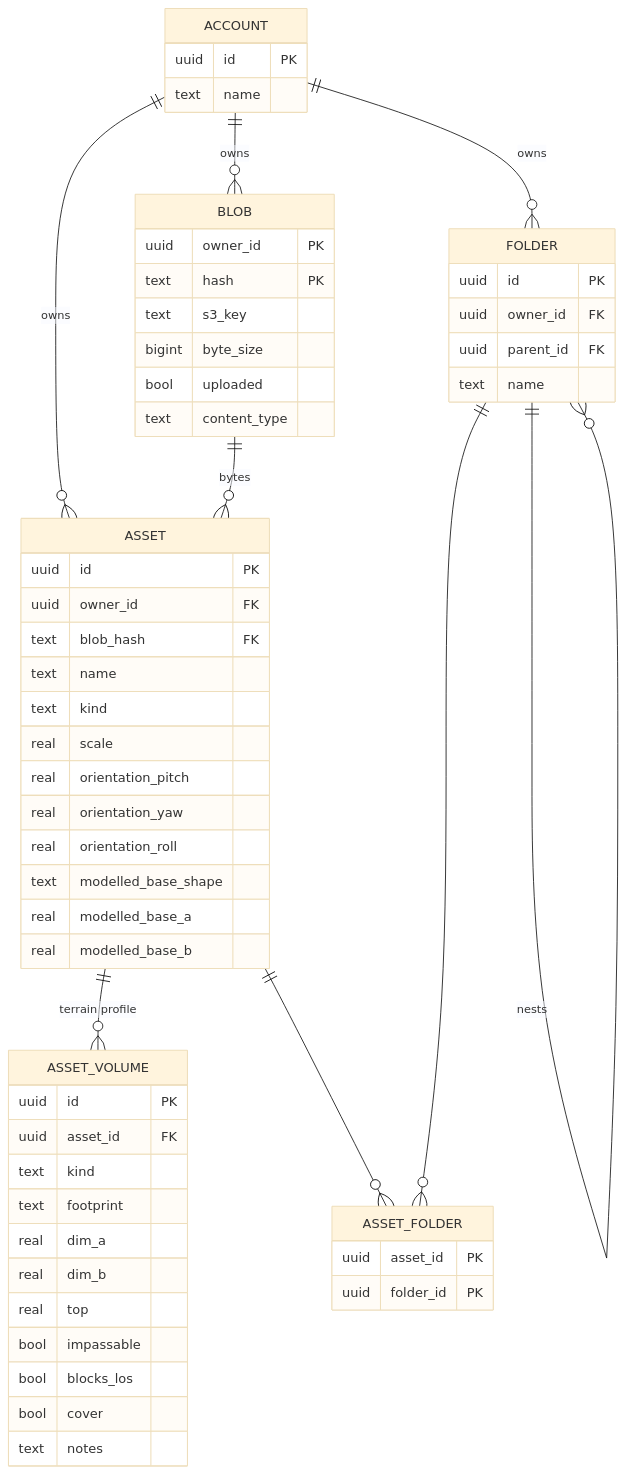
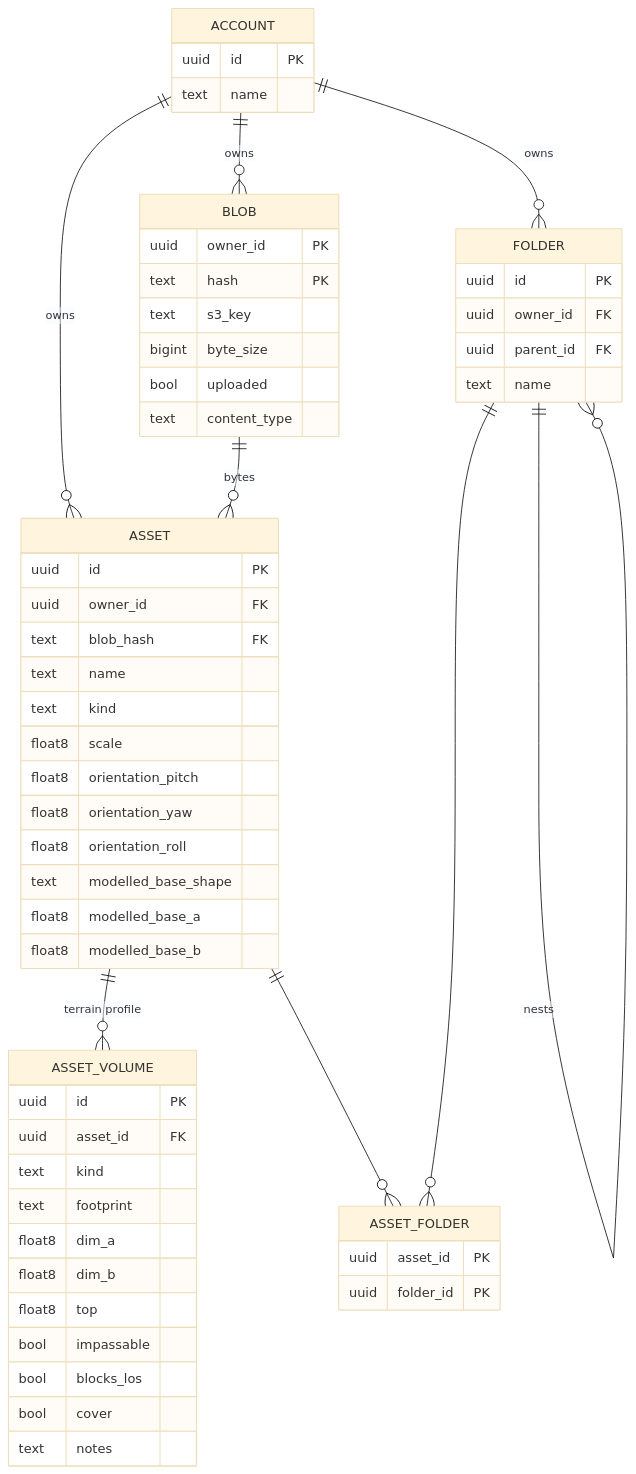
Before and after one commit to cstupi/tabletop: the tenth of 12 diagrams in docs/design/management-api/design.md, drawn with Mermaid (base theme). The commit also changed other lines of this file and 13 other files, not shown here.

Commit message:
Rule on the schema before step 2: shape column, double precision, FK indexes, search path

````diff
--- a/docs/design/management-api/design.md
+++ b/docs/design/management-api/design.md
@@ -1163,61 +1163,61 @@
 ```mermaid
 erDiagram
     ACCOUNT ||--o{ BLOB : owns
     ACCOUNT ||--o{ ASSET : owns
     ACCOUNT ||--o{ FOLDER : owns
     BLOB ||--o{ ASSET : bytes
     ASSET ||--o{ ASSET_VOLUME : "terrain profile"
     FOLDER ||--o{ FOLDER : nests
     ASSET ||--o{ ASSET_FOLDER : ""
     FOLDER ||--o{ ASSET_FOLDER : ""
 
     ACCOUNT {
         uuid id PK
         text name
     }
     BLOB {
         uuid owner_id PK
         text hash PK
         text s3_key
         bigint byte_size
         bool uploaded
         text content_type
     }
     ASSET {
         uuid id PK
         uuid owner_id FK
         text blob_hash FK
         text name
         text kind
-        real scale
-        real orientation_pitch
-        real orientation_yaw
-        real orientation_roll
+        float8 scale
+        float8 orientation_pitch
+        float8 orientation_yaw
+        float8 orientation_roll
         text modelled_base_shape
-        real modelled_base_a
-        real modelled_base_b
+        float8 modelled_base_a
+        float8 modelled_base_b
     }
     ASSET_VOLUME {
         uuid id PK
         uuid asset_id FK
         text kind
         text footprint
-        real dim_a
-        real dim_b
-        real top
+        float8 dim_a
+        float8 dim_b
+        float8 top
         bool impassable
         bool blocks_los
         bool cover
         text notes
     }
     FOLDER {
         uuid id PK
         uuid owner_id FK
         uuid parent_id FK
         text name
     }
     ASSET_FOLDER {
         uuid asset_id PK
         uuid folder_id PK
     }
 ```
````
